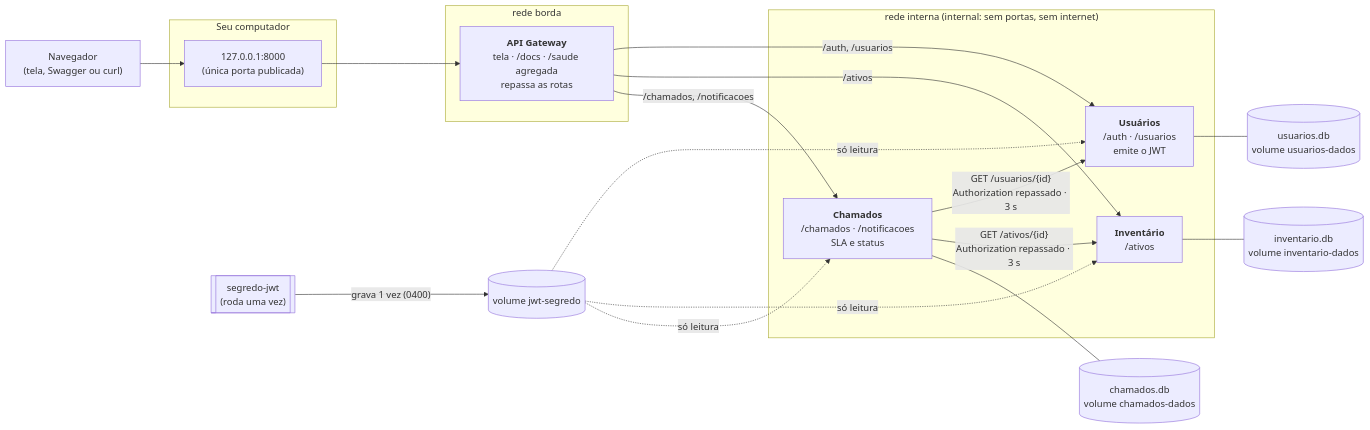
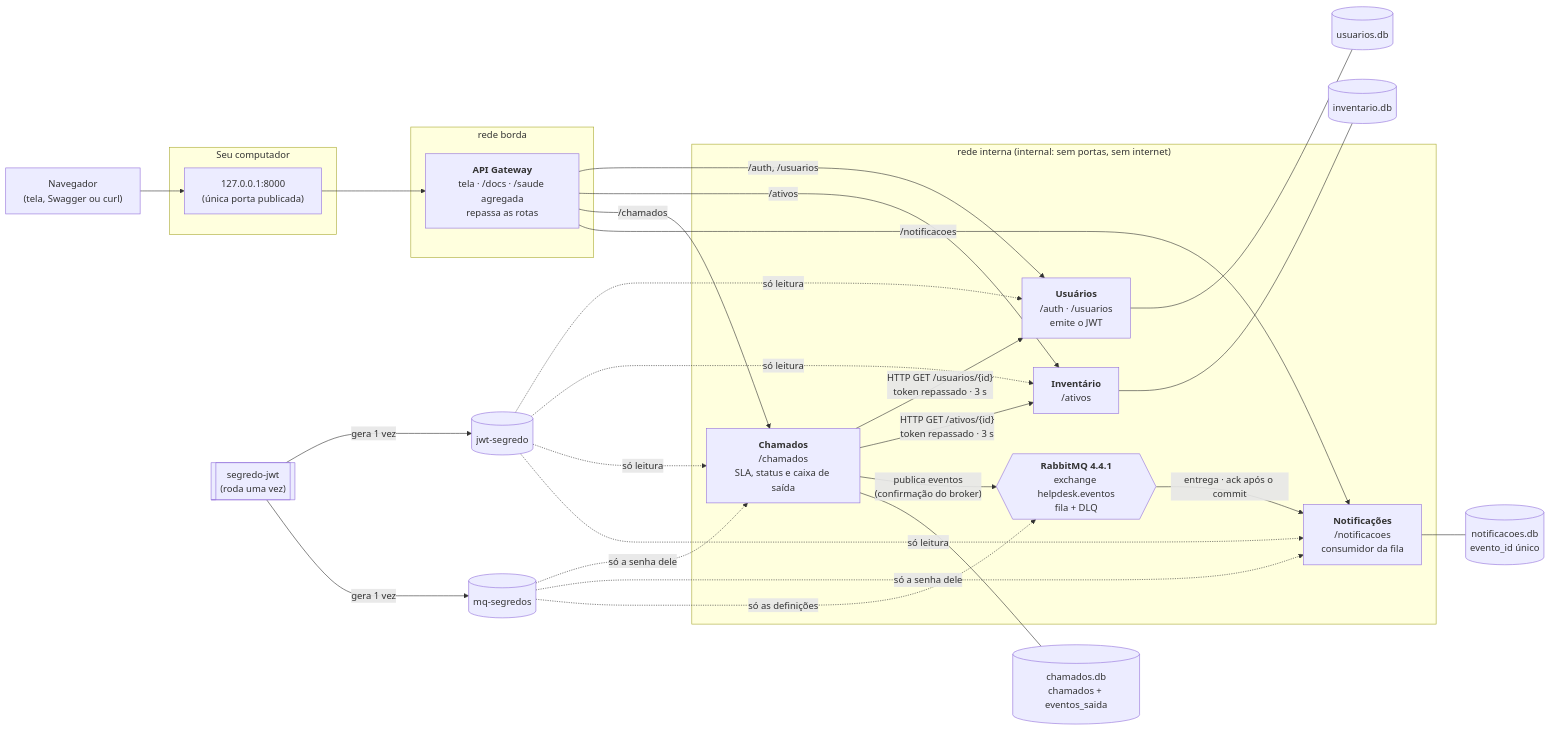
Before and after one commit to gmenezes-0/helpdesk-microsservicos-gabriel-menezes: the second of 3 diagrams in README.md, drawn with Mermaid. The commit also changed other lines of this file and 1 other file, not shown here.

First line of the commit message:
docs: documenta eventos, RabbitMQ e Notificacoes

````diff
--- a/README.md
+++ b/README.md
@@ -75,40 +83,53 @@
 ```mermaid
 flowchart LR
     Navegador["Navegador<br/>(tela, Swagger ou curl)"]
 
     subgraph Host["Seu computador"]
         Porta["127.0.0.1:8000<br/>(única porta publicada)"]
     end
 
     subgraph Borda["rede borda"]
         Gateway["<b>API Gateway</b><br/>tela · /docs · /saude agregada<br/>repassa as rotas"]
     end
 
     subgraph Interna["rede interna (internal: sem portas, sem internet)"]
         Usuarios["<b>Usuários</b><br/>/auth · /usuarios<br/>emite o JWT"]
         Inventario["<b>Inventário</b><br/>/ativos"]
-        Chamados["<b>Chamados</b><br/>/chamados · /notificacoes<br/>SLA e status"]
+        Chamados["<b>Chamados</b><br/>/chamados<br/>SLA, status e caixa de saída"]
+        Notificacoes["<b>Notificações</b><br/>/notificacoes<br/>consumidor da fila"]
+        Rabbit{{"<b>RabbitMQ 4.4.1</b><br/>exchange helpdesk.eventos<br/>fila + DLQ"}}
     end
 
-    DBU[("usuarios.db<br/>volume usuarios-dados")]
-    DBI[("inventario.db<br/>volume inventario-dados")]
-    DBC[("chamados.db<br/>volume chamados-dados")]
+    DBU[("usuarios.db")]
+    DBI[("inventario.db")]
+    DBC[("chamados.db<br/>chamados + eventos_saida")]
+    DBN[("notificacoes.db<br/>evento_id único")]
     Segredo[["segredo-jwt<br/>(roda uma vez)"]]
-    VolJWT[("volume jwt-segredo")]
+    VolJWT[("jwt-segredo")]
+    VolMQ[("mq-segredos")]
 
     Navegador --> Porta --> Gateway
     Gateway -->|"/auth, /usuarios"| Usuarios
     Gateway -->|"/ativos"| Inventario
-    Gateway -->|"/chamados, /notificacoes"| Chamados
-    Chamados -->|"GET /usuarios/{id}<br/>Authorization repassado · 3 s"| Usuarios
-    Chamados -->|"GET /ativos/{id}<br/>Authorization repassado · 3 s"| Inventario
+    Gateway -->|"/chamados"| Chamados
+    Gateway -->|"/notificacoes"| Notificacoes
+    Chamados -->|"HTTP GET /usuarios/{id}<br/>token repassado · 3 s"| Usuarios
+    Chamados -->|"HTTP GET /ativos/{id}<br/>token repassado · 3 s"| Inventario
+    Chamados -->|"publica eventos<br/>(confirmação do broker)"| Rabbit
+    Rabbit -->|"entrega · ack após o commit"| Notificacoes
 
     Usuarios --- DBU
     Inventario --- DBI
     Chamados --- DBC
+    Notificacoes --- DBN
 
-    Segredo -->|"grava 1 vez (0400)"| VolJWT
+    Segredo -->|"gera 1 vez"| VolJWT
+    Segredo -->|"gera 1 vez"| VolMQ
     VolJWT -.->|"só leitura"| Usuarios
     VolJWT -.->|"só leitura"| Inventario
     VolJWT -.->|"só leitura"| Chamados
+    VolJWT -.->|"só leitura"| Notificacoes
+    VolMQ -.->|"só a senha dele"| Chamados
+    VolMQ -.->|"só a senha dele"| Notificacoes
+    VolMQ -.->|"só as definições"| Rabbit
 ```
````
